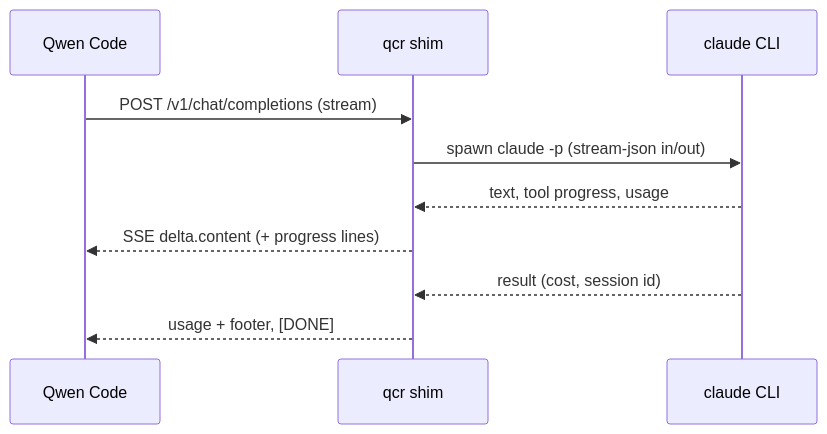
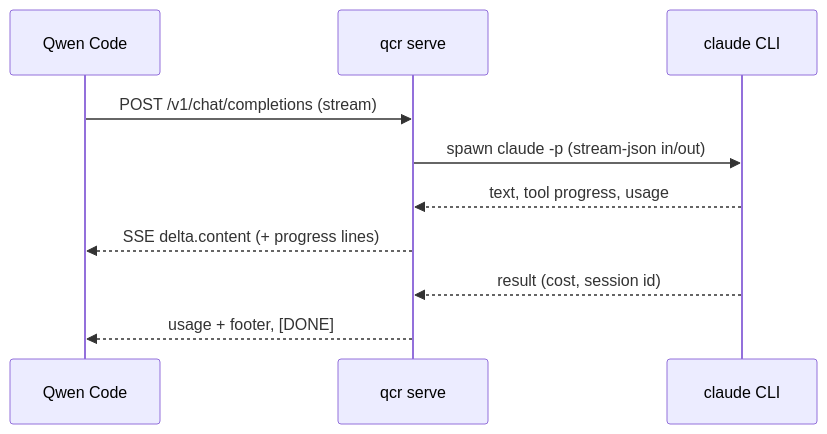
The second of 2 diagrams in README.md (zhuanyi/qwen-code-claude-runtime), drawn with Mermaid before and after one commit. The commit also changed other lines of this file and 1 other file, not shown here.

First line of the commit message:
docs: add hero.svg, fix the Configuration anchor and the flowchart

````diff
--- a/README.md
+++ b/README.md
@@ -98,12 +93,12 @@
 ```mermaid
 sequenceDiagram
     participant Q as Qwen Code
-    participant S as qcr shim
+    participant S as qcr serve
     participant C as claude CLI
     Q->>S: POST /v1/chat/completions (stream)
     S->>C: spawn claude -p (stream-json in/out)
     C-->>S: text, tool progress, usage
     S-->>Q: SSE delta.content (+ progress lines)
     C-->>S: result (cost, session id)
     S-->>Q: usage + footer, [DONE]
 ```
````
